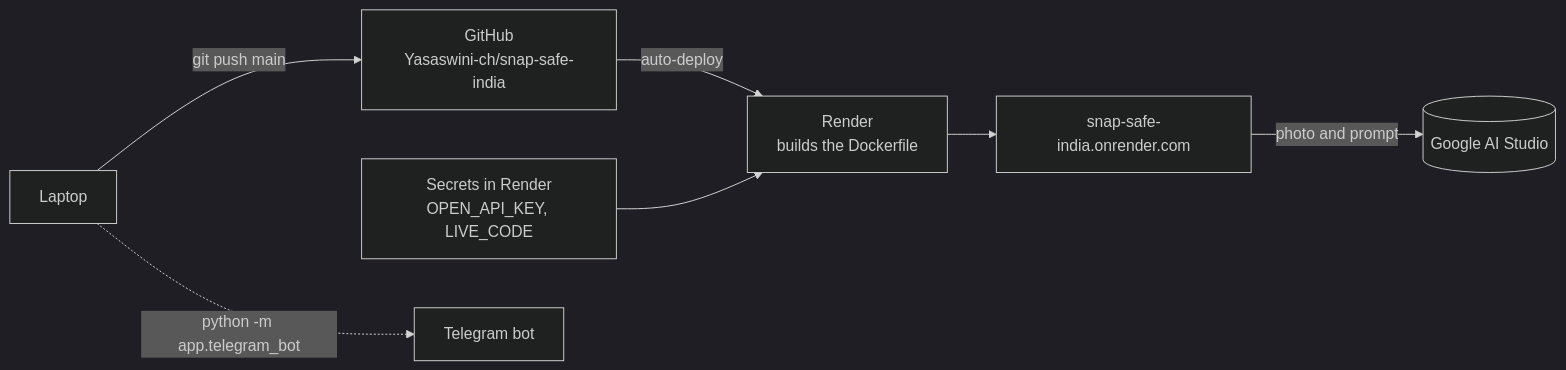
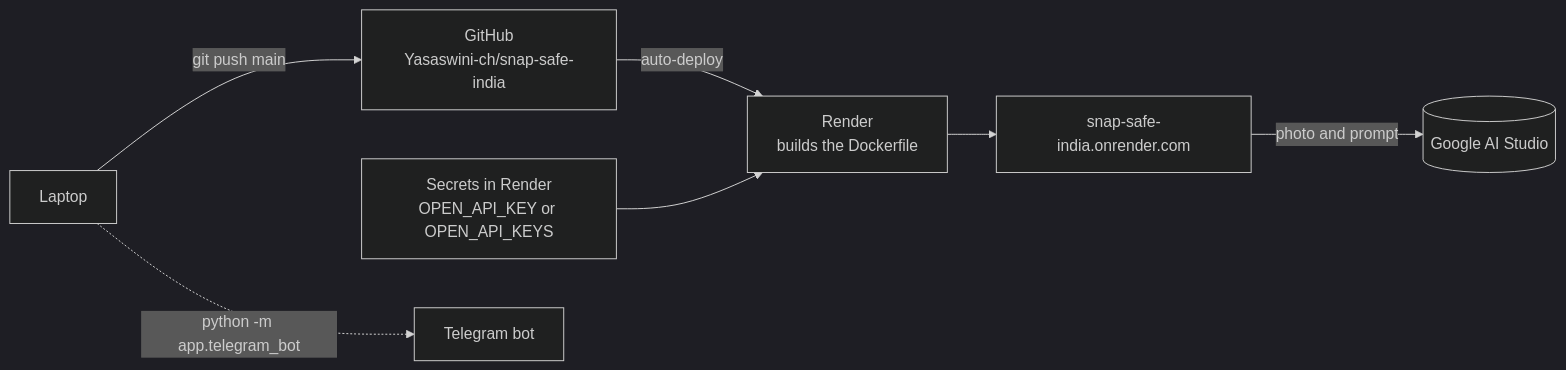
One commit to Yasaswini-ch/snap-safe-india changed the seventh of 7 diagrams in docs/architecture.md. Above: the diagram before and after it, drawn with Mermaid (dark theme). The commit also changed other lines of this file and 5 other files, not shown here.

Commit message:
Several API keys in a pool that rotate and cover for each other; live runs no longer need an access code by default

````diff
--- a/docs/architecture.md
+++ b/docs/architecture.md
@@ -138,9 +138,9 @@
 ```mermaid
 flowchart LR
   DEV["Laptop"] -->|"git push main"| GH["GitHub<br/>Yasaswini-ch/snap-safe-india"]
   GH -->|"auto-deploy"| RD["Render<br/>builds the Dockerfile"]
-  SEC["Secrets in Render<br/>OPEN_API_KEY, LIVE_CODE"] --> RD
+  SEC["Secrets in Render<br/>OPEN_API_KEY or OPEN_API_KEYS"] --> RD
   RD --> SITE["snap-safe-india.onrender.com"]
   SITE -->|"photo and prompt"| GM[("Google AI Studio")]
   DEV -.->|"python -m app.telegram_bot"| TGB["Telegram bot"]
 ```
````
